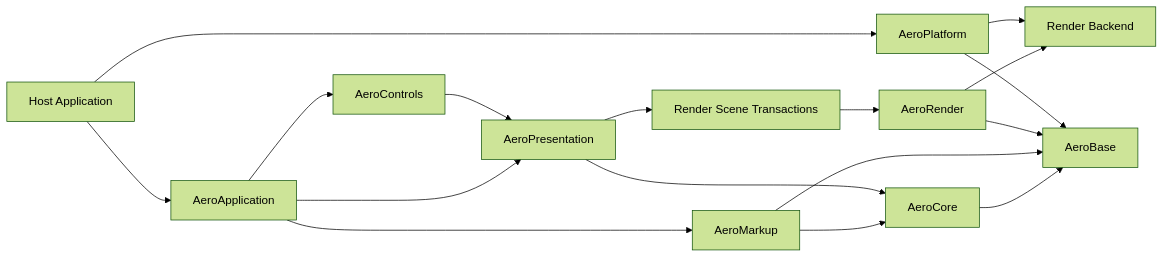
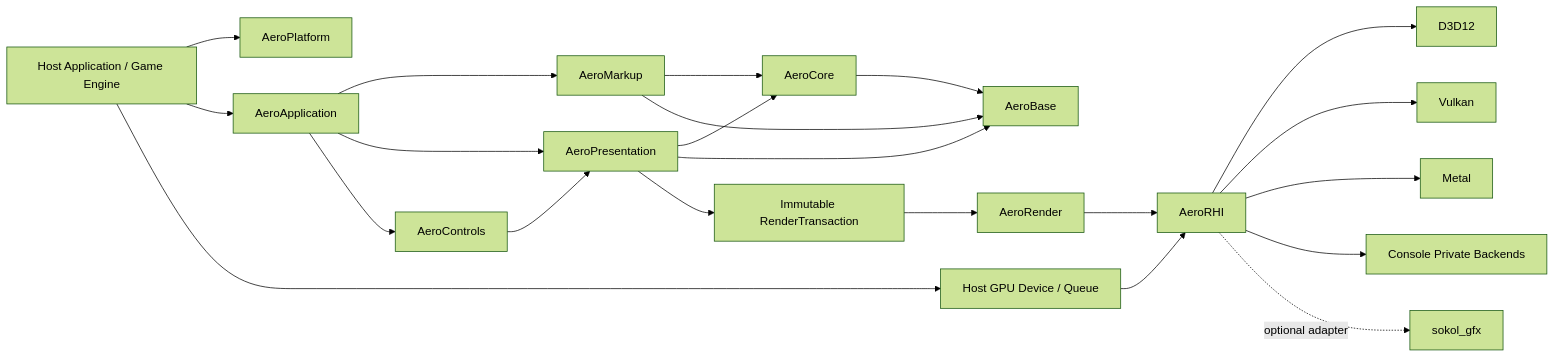
One commit to smithw2055-rgb/AeroGUI changed the diagram in README.md. Above: the diagram before and after it, drawn with Mermaid (forest theme). The commit also changed other lines of this file, not shown here.

Commit message:
Refine runtime baseline to C++17 and native GPU

````diff
--- a/README.md
+++ b/README.md
@@ -54,23 +70,29 @@
 ```mermaid
 flowchart LR
-    Host[Host Application] --> Platform[AeroPlatform]
+    Host[Host Application / Game Engine] --> Platform[AeroPlatform]
     Host --> App[AeroApplication]
+    Host --> Device[Host GPU Device / Queue]
 
     App --> Markup[AeroMarkup]
     App --> Presentation[AeroPresentation]
     App --> Controls[AeroControls]
 
     Markup --> Core[AeroCore]
     Presentation --> Core
     Controls --> Presentation
 
-    Presentation --> Scene[Render Scene Transactions]
-    Scene --> Render[AeroRender]
-    Render --> Backend[Render Backend]
-    Platform --> Backend
-
     Core --> Base[AeroBase]
     Markup --> Base
-    Render --> Base
-    Platform --> Base
+    Presentation --> Base
+
+    Presentation --> Tx[Immutable RenderTransaction]
+    Tx --> Render[AeroRender]
+    Render --> RHI[AeroRHI]
+    Device --> RHI
+
+    RHI --> D3D12[D3D12]
+    RHI --> Vulkan[Vulkan]
+    RHI --> Metal[Metal]
+    RHI --> Console[Console Private Backends]
+    RHI -. optional adapter .-> Sokol[sokol_gfx]
 ```
````
